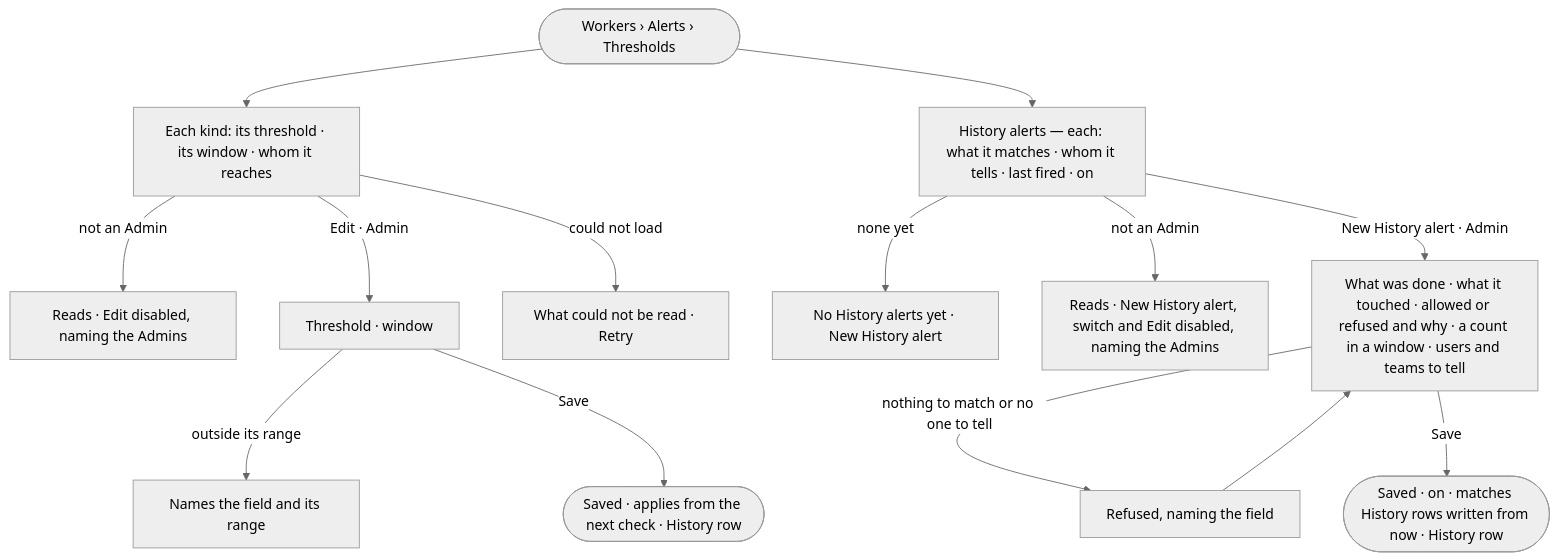
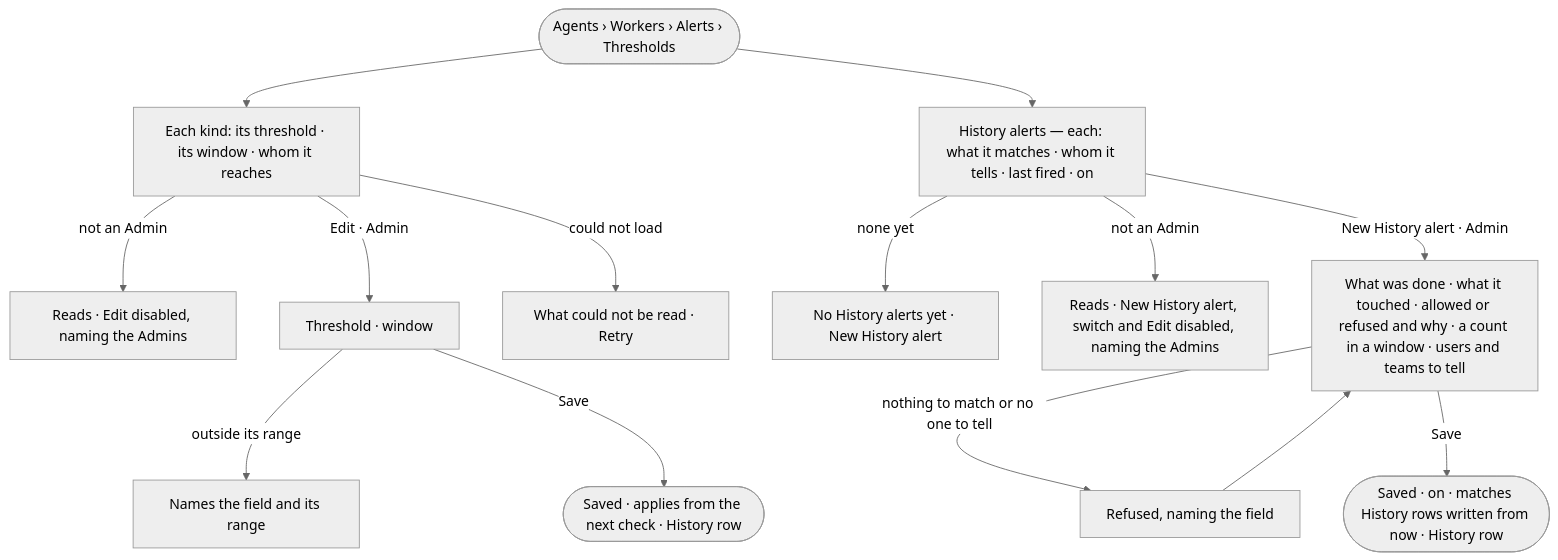
The diagram in specs/os/control/features/CP-F11-ops-alerting/stories/CP-60-tune-when-ops-alerts-fire/story.md (invana/invana), drawn with Mermaid (neutral theme) before and after one commit. The commit also changed other lines of this file and 106 other files, not shown here.

````diff
--- a/specs/os/control/features/CP-F11-ops-alerting/stories/CP-60-tune-when-ops-alerts-fire/story.md
+++ b/specs/os/control/features/CP-F11-ops-alerting/stories/CP-60-tune-when-ops-alerts-fire/story.md
@@ -27,15 +27,15 @@
 ```mermaid
 flowchart TD
-  s([Workers › Alerts › Thresholds]) --> l["Each kind: its threshold · its window · whom it reaches"]
+  s([Agents › Workers › Alerts › Thresholds]) --> l["Each kind: its threshold · its window · whom it reaches"]
   l -->|not an Admin| ro["Reads · Edit disabled, naming the Admins"]
   l -->|Edit · Admin| e["Threshold · window"]
   e -->|outside its range| r["Names the field and its range"]
   e -->|Save| ok(["Saved · applies from the next check · History row"])
   l -->|could not load| f["What could not be read · Retry"]
   s --> h["History alerts — each: what it matches · whom it tells · last fired · on"]
   h -->|none yet| he["No History alerts yet · New History alert"]
   h -->|not an Admin| hro["Reads · New History alert, switch and Edit disabled, naming the Admins"]
   h -->|New History alert · Admin| hn["What was done · what it touched · allowed or refused and why · a count in a window · users and teams to tell"]
   hn -->|nothing to match or no one to tell| hx["Refused, naming the field"] --> hn
   hn -->|Save| hok(["Saved · on · matches History rows written from now · History row"])
 ```
````
